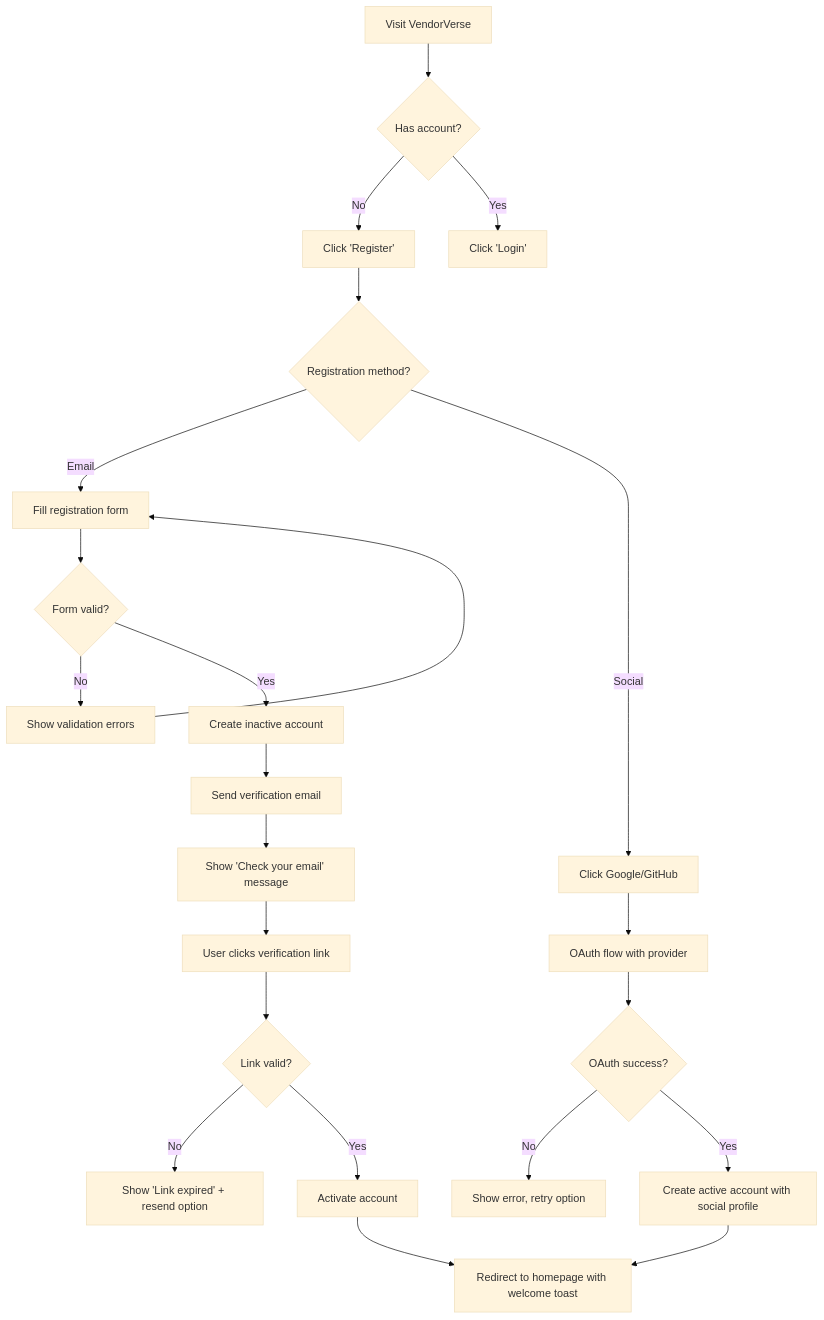
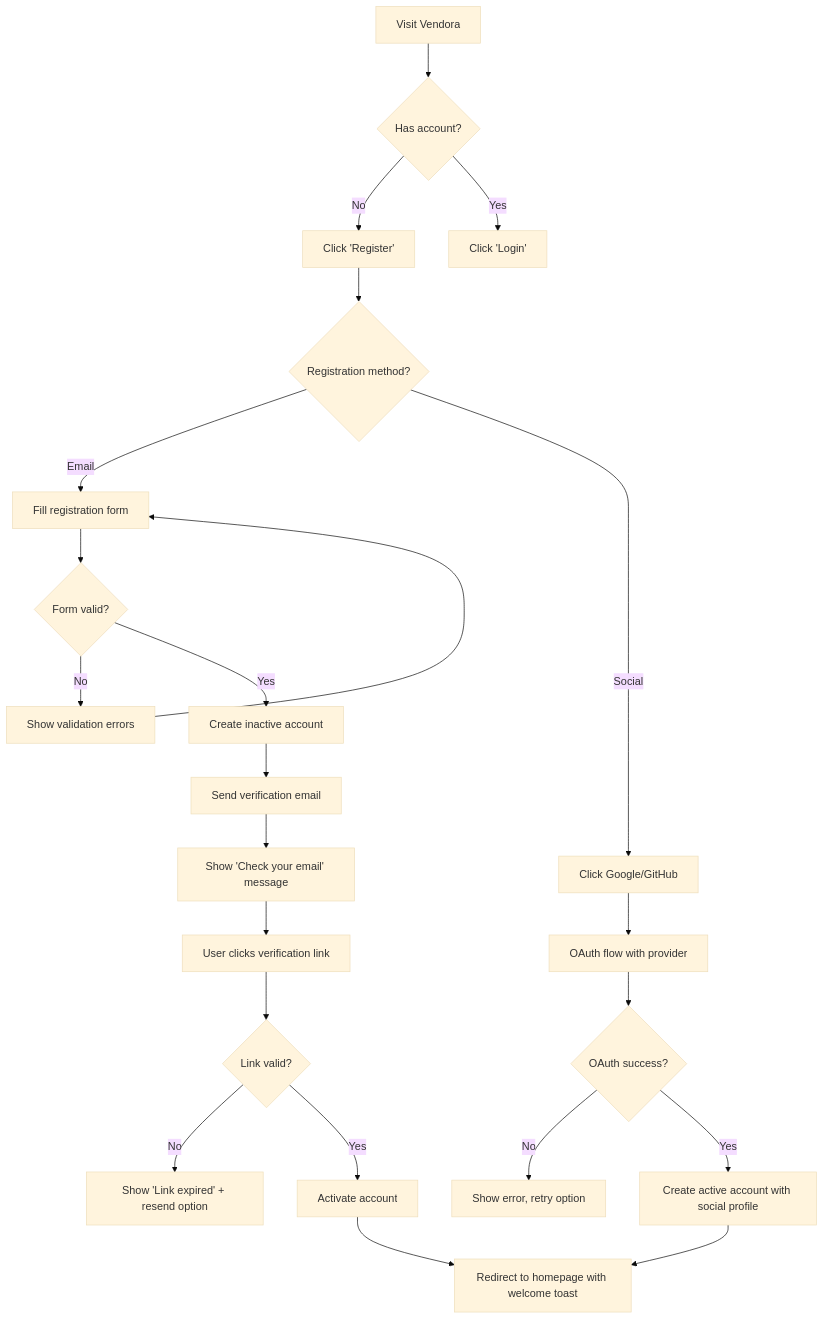
Before and after one commit to dhruv1518/vendor-verse: the second of 13 diagrams in docs/08-user-flows.md, drawn with Mermaid (base theme). The commit also changed other lines of this file and 81 other files, not shown here.

Commit message:
refactor: rename VendorVerse to Vendora across templates, apps, config, docs, and report

````diff
--- a/docs/08-user-flows.md
+++ b/docs/08-user-flows.md
@@ -56,30 +56,30 @@
 ```mermaid
 flowchart TD
-    A[Visit VendorVerse] --> B{Has account?}
+    A[Visit Vendora] --> B{Has account?}
     B -->|No| C[Click 'Register']
     B -->|Yes| D[Click 'Login']
 
     C --> E{Registration method?}
     E -->|Email| F[Fill registration form]
     E -->|Social| G[Click Google/GitHub]
 
     F --> H{Form valid?}
     H -->|No| I[Show validation errors]
     I --> F
     H -->|Yes| J[Create inactive account]
 
     G --> K[OAuth flow with provider]
     K --> L{OAuth success?}
     L -->|No| M[Show error, retry option]
     L -->|Yes| N[Create active account with social profile]
 
     J --> O[Send verification email]
     O --> P[Show 'Check your email' message]
     P --> Q[User clicks verification link]
     Q --> R{Link valid?}
     R -->|No| S[Show 'Link expired' + resend option]
     R -->|Yes| T[Activate account]
 
     T --> U[Redirect to homepage with welcome toast]
     N --> U
 ```
````
